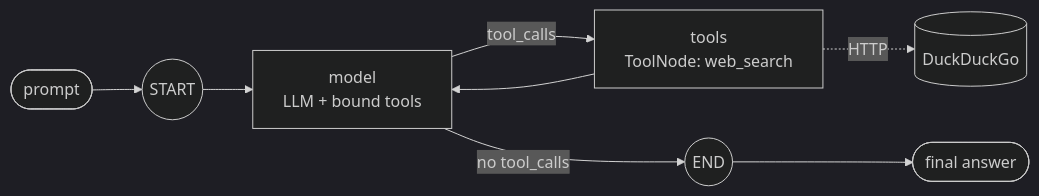
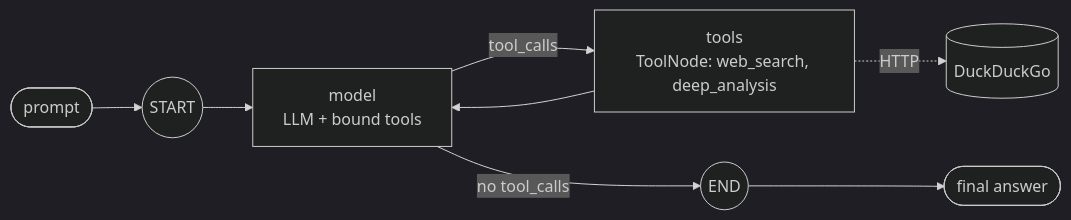
One commit to Anirudh1905/async-agentic-workflows changed the diagram in docs/phases/phase-1-langgraph-agent.md. Above: the diagram before and after it, drawn with Mermaid (dark theme). The commit also changed other lines of this file and 35 other files, not shown here.

````diff
--- a/docs/phases/phase-1-langgraph-agent.md
+++ b/docs/phases/phase-1-langgraph-agent.md
@@ -5,8 +7,8 @@
 ```mermaid
 flowchart LR
     U([prompt]) --> S((START)) --> M[model<br/>LLM + bound tools]
-    M -- tool_calls --> T[tools<br/>ToolNode: web_search]
+    M -- tool_calls --> T[tools<br/>ToolNode: web_search, deep_analysis]
     T --> M
     M -- no tool_calls --> E((END)) --> A([final answer])
     T -. HTTP .-> DDG[(DuckDuckGo)]
 ```
````
